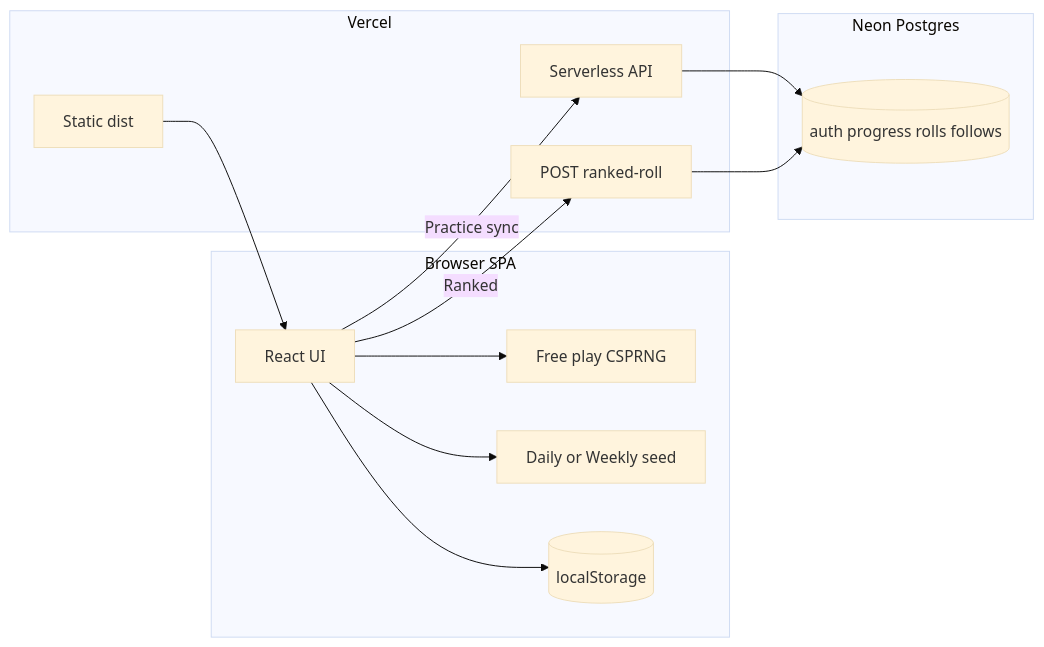
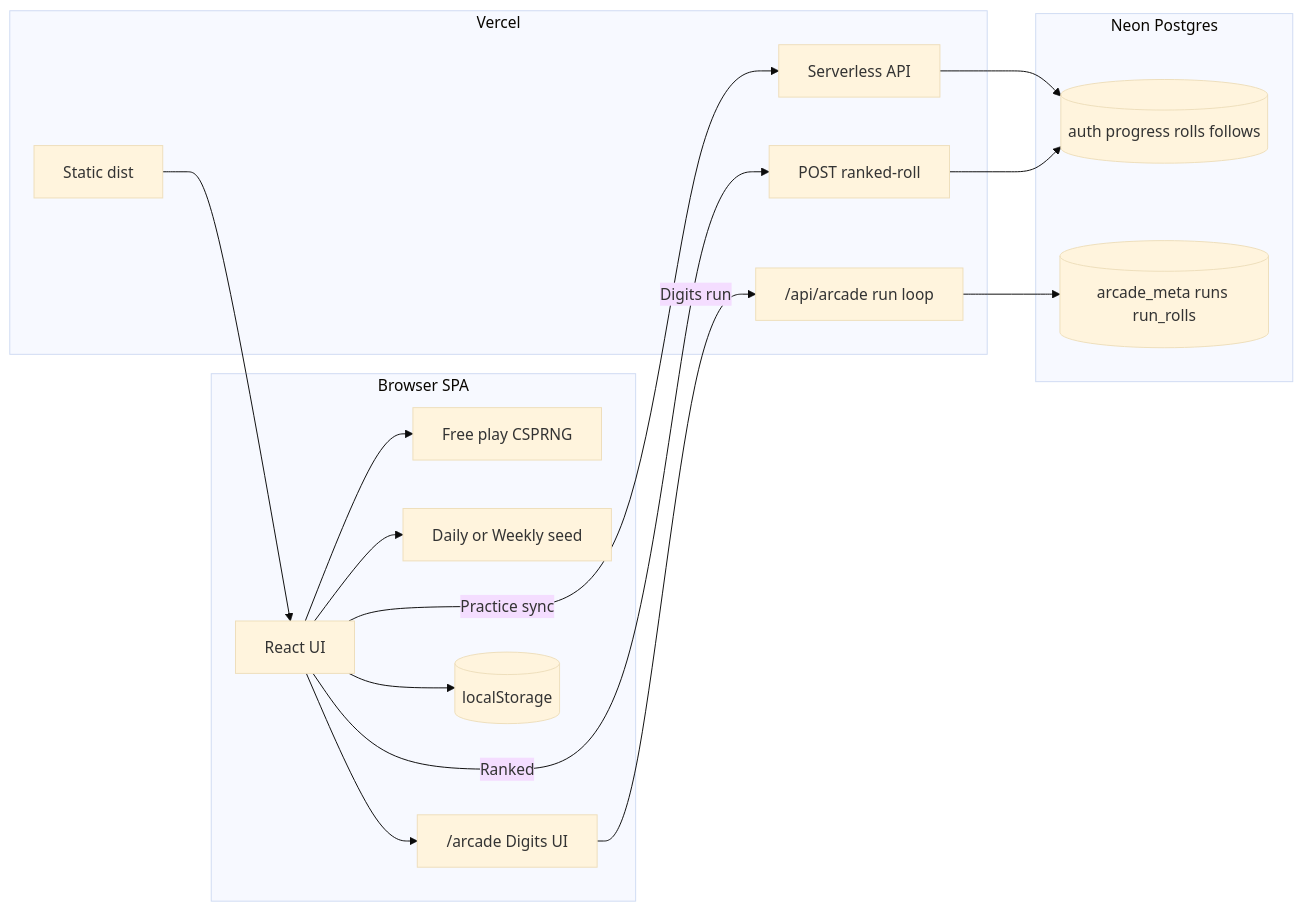
The diagram in README.md (jondmarien/rngdle-unlocked), drawn with Mermaid (base theme) before and after one commit. The commit also changed other lines of this file and 1 other file, not shown here.

First line of the commit message:
docs: document Arcade Digits in README and architecture diagrams

````diff
--- a/README.md
+++ b/README.md
@@ -56,28 +56,34 @@
 ```mermaid
 flowchart LR
   subgraph Client["Browser SPA"]
     UI[React UI]
     FREE[Free play CSPRNG]
     CHAL[Daily or Weekly seed]
+    ARCUI["/arcade Digits UI"]
     LS[(localStorage)]
     UI --> FREE
     UI --> CHAL
+    UI --> ARCUI
     UI --> LS
   end
 
   subgraph Host["Vercel"]
     STATIC[Static dist]
     API["Serverless API"]
     RANK["POST ranked-roll"]
+    ARCADE["/api/arcade run loop"]
   end
 
   subgraph Data["Neon Postgres"]
     NEON[(auth progress rolls follows)]
+    ARCTBL[(arcade_meta runs run_rolls)]
   end
 
   STATIC --> UI
   UI -->|Practice sync| API
   UI -->|Ranked| RANK
+  ARCUI -->|Digits run| ARCADE
   API --> NEON
   RANK --> NEON
+  ARCADE --> ARCTBL
 ```
````
